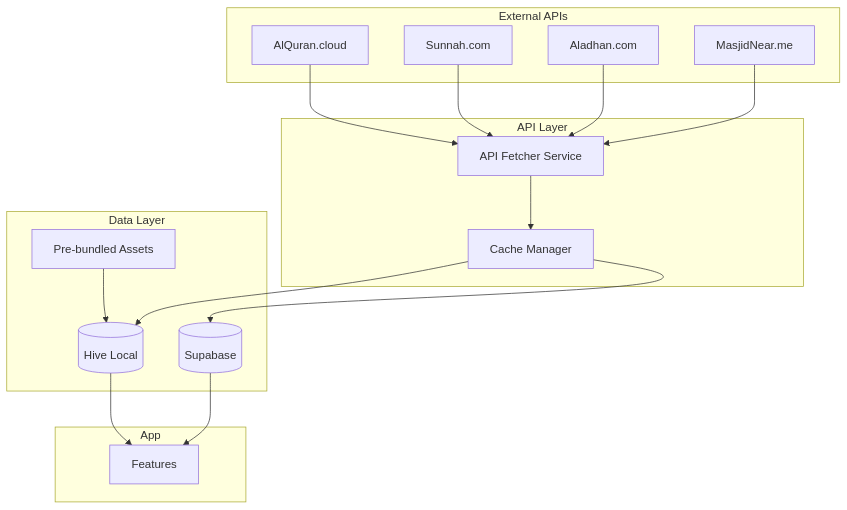
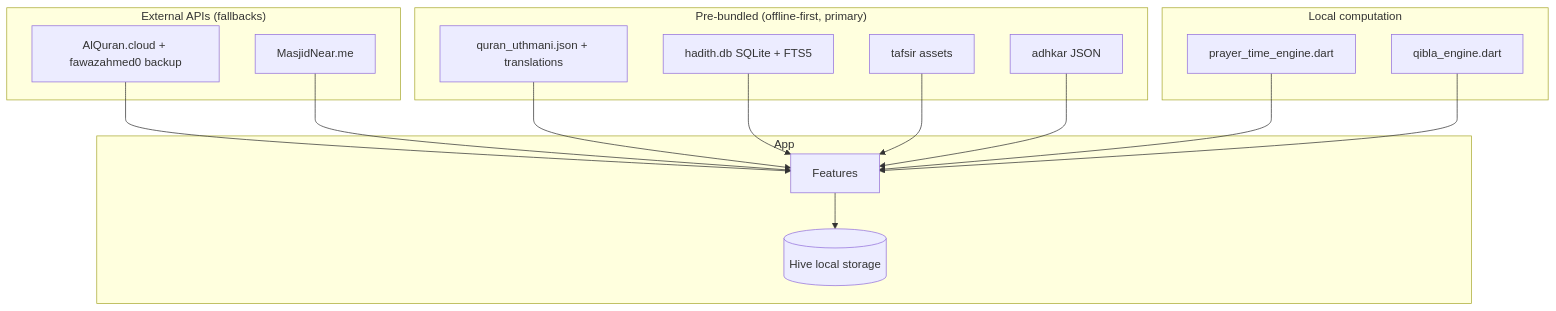
The diagram in docs/API_SOURCES.md (0DukePan/noor-app), drawn with Mermaid before and after one commit. The commit also changed other lines of this file and 234 other files, not shown here.

````diff
--- a/docs/API_SOURCES.md
+++ b/docs/API_SOURCES.md
@@ -141,37 +140,34 @@
 ```mermaid
 graph TB
-    subgraph "External APIs"
-        QuranAPI[AlQuran.cloud]
-        HadithAPI[Sunnah.com]
-        PrayerAPI[Aladhan.com]
+    subgraph "External APIs (fallbacks)"
+        QuranAPI[AlQuran.cloud + fawazahmed0 backup]
         MosqueAPI[MasjidNear.me]
     end
-    
-    subgraph "API Layer"
-        Fetcher[API Fetcher Service]
-        Cache[Cache Manager]
+
+    subgraph "Pre-bundled (offline-first, primary)"
+        QuranJSON[quran_uthmani.json + translations]
+        HadithDB[hadith.db SQLite + FTS5]
+        Tafsir[tafsir assets]
+        Adhkar[adhkar JSON]
     end
-    
-    subgraph "Data Layer"
-        Supabase[(Supabase)]
-        Hive[(Hive Local)]
-        Assets[Pre-bundled Assets]
+
+    subgraph "Local computation"
+        PrayerEngine[prayer_time_engine.dart]
+        QiblaEngine[qibla_engine.dart]
     end
-    
+
     subgraph "App"
+        Hive[(Hive local storage)]
         Features[Features]
     end
-    
-    QuranAPI --> Fetcher
-    HadithAPI --> Fetcher
-    PrayerAPI --> Fetcher
-    MosqueAPI --> Fetcher
-    
-    Fetcher --> Cache
-    Cache --> Supabase
-    Cache --> Hive
-    Assets --> Hive
-    
-    Hive --> Features
-    Supabase --> Features
+
+    QuranAPI --> Features
+    MosqueAPI --> Features
+    QuranJSON --> Features
+    HadithDB --> Features
+    Tafsir --> Features
+    Adhkar --> Features
+    PrayerEngine --> Features
+    QiblaEngine --> Features
+    Features --> Hive
 ```
````
